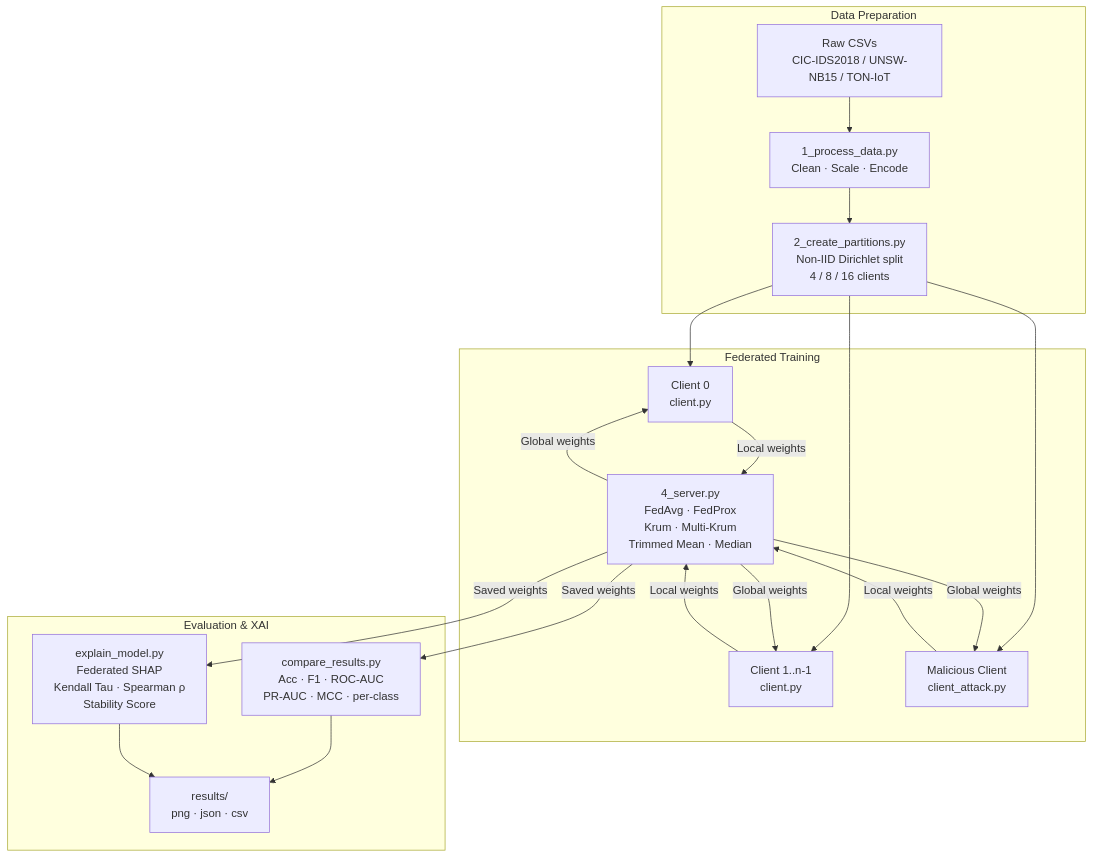
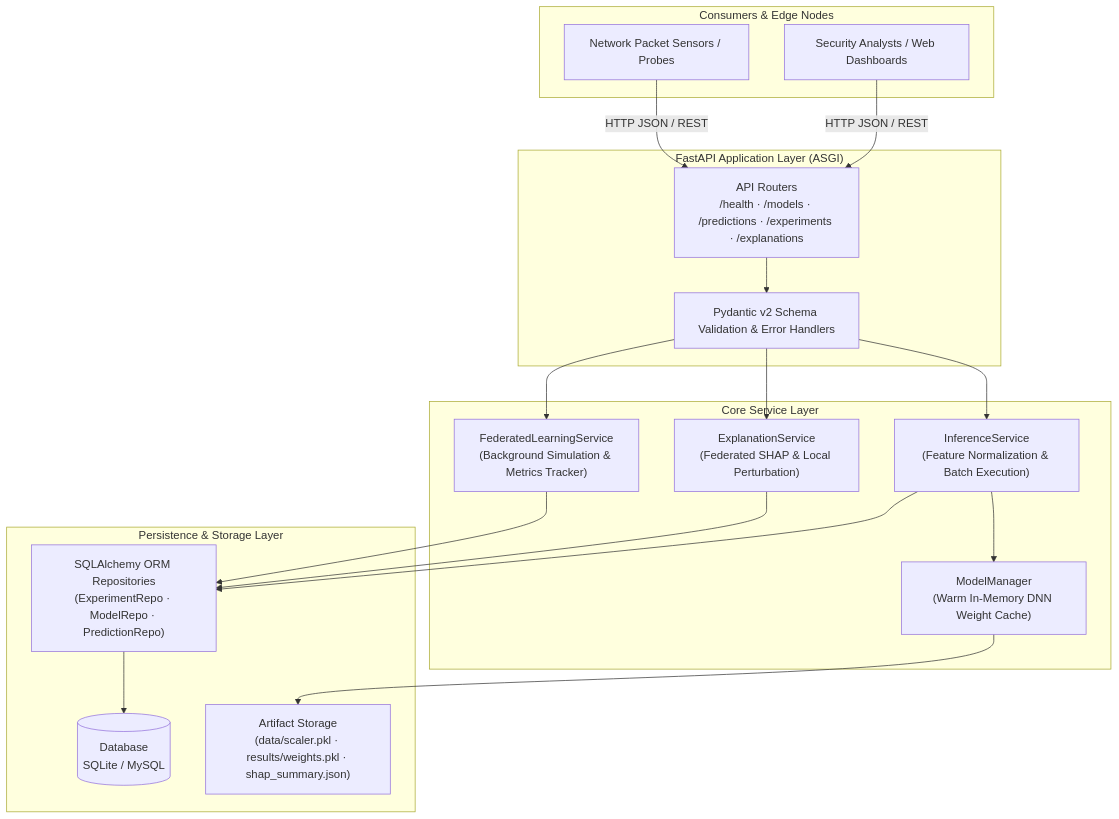
Before and after one commit to Raghu9855/Flex-ID: the diagram in README.md, drawn with Mermaid. The commit also changed other lines of this file and 127 other files, not shown here.

Commit message:
feat(backend): transform into production FastAPI AI serving system with automated tests, docs, and Render deployment blueprint

````diff
--- a/README.md
+++ b/README.md
@@ -28,21 +54,32 @@
 ```mermaid
 flowchart TD
-    subgraph Data["Data Preparation"]
-        A[Raw CSVs\nCIC-IDS2018 / UNSW-NB15 / TON-IoT] --> B[1_process_data.py\nClean · Scale · Encode]
-        B --> C[2_create_partitions.py\nNon-IID Dirichlet split\n4 / 8 / 16 clients]
+    subgraph Clients["Consumers & Edge Nodes"]
+        A[Security Analysts / Web Dashboards]
+        B[Network Packet Sensors / Probes]
     end
 
-    subgraph FL["Federated Training"]
-        C --> D[Client 0\nclient.py]
-        C --> E[Client 1..n-1\nclient.py]
-        C --> F[Malicious Client\nclient_attack.py]
-        D & E & F -->|Local weights| G[4_server.py\nFedAvg · FedProx\nKrum · Multi-Krum\nTrimmed Mean · Median]
-        G -->|Global weights| D & E & F
+    subgraph API["FastAPI Application Layer (ASGI)"]
+        C["API Routers\n/health · /models · /predictions · /experiments · /explanations"]
+        D["Pydantic v2 Schema Validation & Error Handlers"]
     end
 
-    subgraph Eval["Evaluation & XAI"]
-        G -->|Saved weights| H[compare_results.py\nAcc · F1 · ROC-AUC\nPR-AUC · MCC · per-class]
-        G -->|Saved weights| I[explain_model.py\nFederated SHAP\nKendall Tau · Spearman ρ\nStability Score]
-        H & I --> J[results/\npng · json · csv]
+    subgraph Services["Core Service Layer"]
+        E["InferenceService\n(Feature Normalization & Batch Execution)"]
+        F["ModelManager\n(Warm In-Memory DNN Weight Cache)"]
+        G["ExplanationService\n(Federated SHAP & Local Perturbation)"]
+        H["FederatedLearningService\n(Background Simulation & Metrics Tracker)"]
     end
+
+    subgraph Persistence["Persistence & Storage Layer"]
+        I["SQLAlchemy ORM Repositories\n(ExperimentRepo · ModelRepo · PredictionRepo)"]
+        J[("Database\nSQLite / MySQL")]
+        K["Artifact Storage\n(data/scaler.pkl · results/weights.pkl · shap_summary.json)"]
+    end
+
+    A & B -->|HTTP JSON / REST| C
+    C --> D --> E & G & H
+    E --> F
+    F --> K
+    E & G & H --> I
+    I --> J
 ```
````
